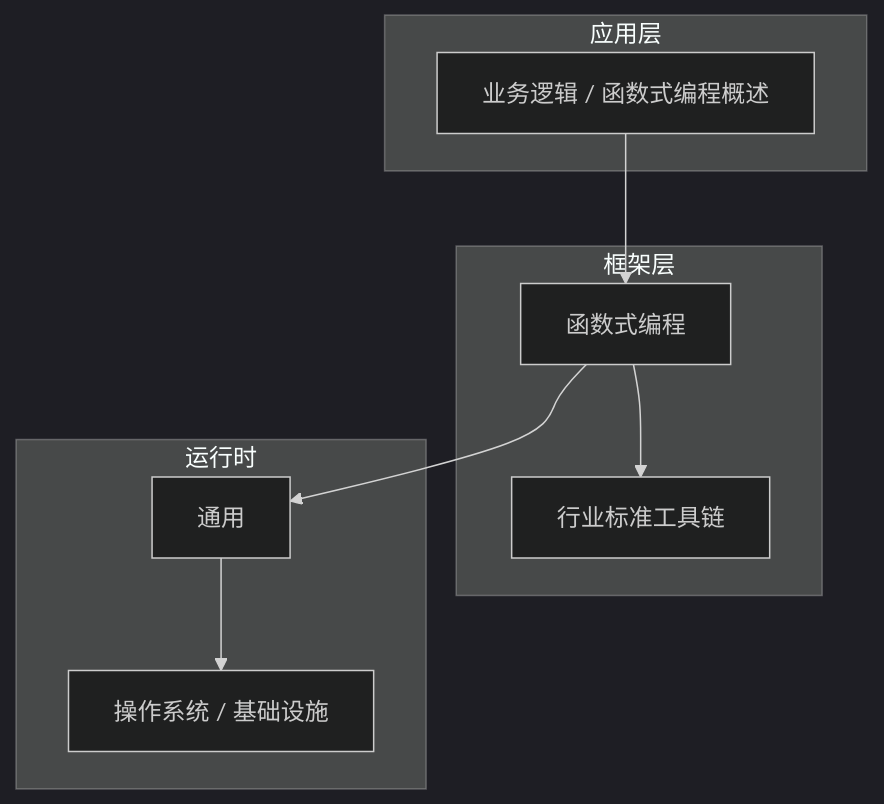
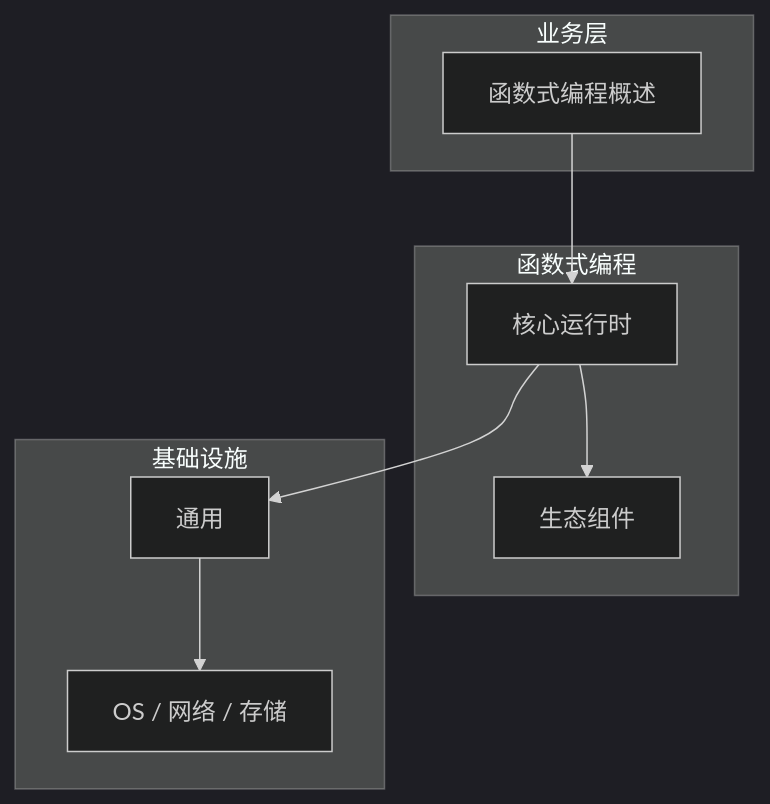
Before and after one commit to yanggan2015/knowledge-json-v2: the diagram in articles/函数式编程/chapters/001-函数式编程概述核心概念与原理.md, drawn with Mermaid (dark theme). The commit also changed other lines of this file and 10127 other files, not shown here.

````diff
--- a/articles/函数式编程/chapters/001-函数式编程概述核心概念与原理.md
+++ b/articles/函数式编程/chapters/001-函数式编程概述核心概念与原理.md
@@ -45,18 +34,18 @@
 ```mermaid
 graph TB
-    subgraph 应用层
-        A[业务逻辑 / 函数式编程概述]
+    subgraph 业务层
+        A[函数式编程概述]
     end
-    subgraph 框架层
-        B[函数式编程]
-        C[行业标准工具链]
+    subgraph 函数式编程
+        B[核心运行时]
+        C[生态组件]
     end
-    subgraph 运行时
+    subgraph 基础设施
         D[通用]
-        E[操作系统 / 基础设施]
+        E[OS / 网络 / 存储]
     end
     A --> B
     B --> C
     B --> D
     D --> E
 ```
````
